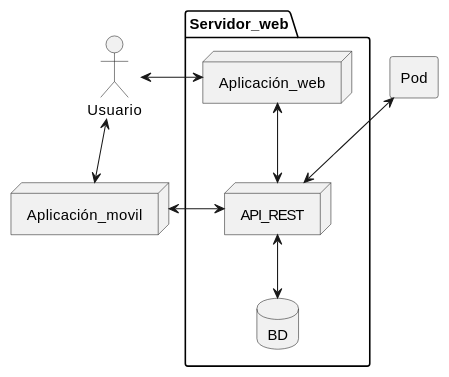
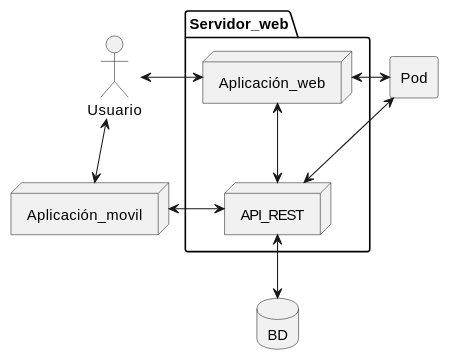
The second of 2 diagrams in webapp/docs/05_building_block_view.adoc (Arquisoft/radarin_es4b), drawn with PlantUML before and after one commit. The commit also changed other lines of this file, not shown here.

Commit message:
Actualización diagramas de bloques

```diff
--- a/webapp/docs/05_building_block_view.adoc
+++ b/webapp/docs/05_building_block_view.adoc
@@ -37,19 +39,20 @@
 [plantuml,"Nivel 2",png]
 ----
 @startuml
 actor Usuario
 node Aplicación_movil
 package Servidor_web {
    node Aplicación_web
-   database BD
    node API_REST
 }
+database BD
 agent "Pod"
 Usuario <-right-> Aplicación_web
 Usuario <-right-> Aplicación_movil
 Aplicación_movil <-right->  API_REST
 Pod <-down-> API_REST
 Aplicación_web <-down-> API_REST
+Aplicación_web <-right-> Pod
 API_REST <-down-> BD
 @enduml
 ----
```
